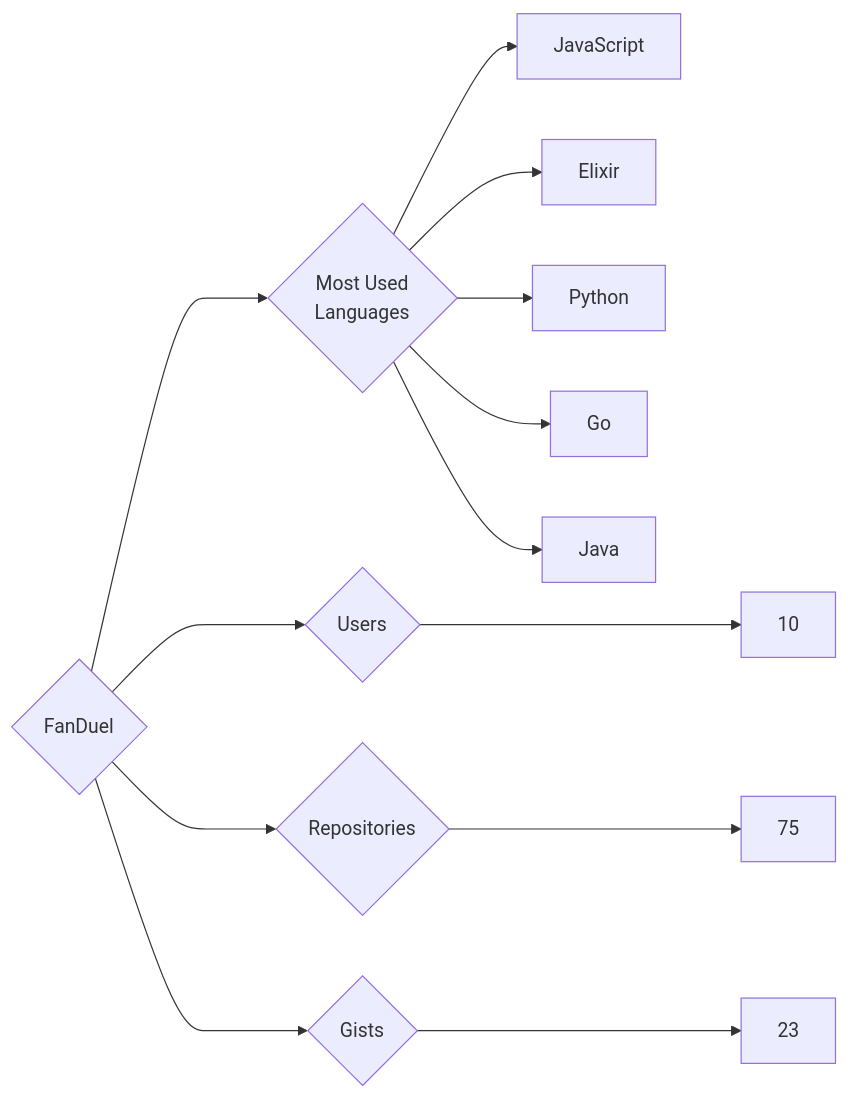
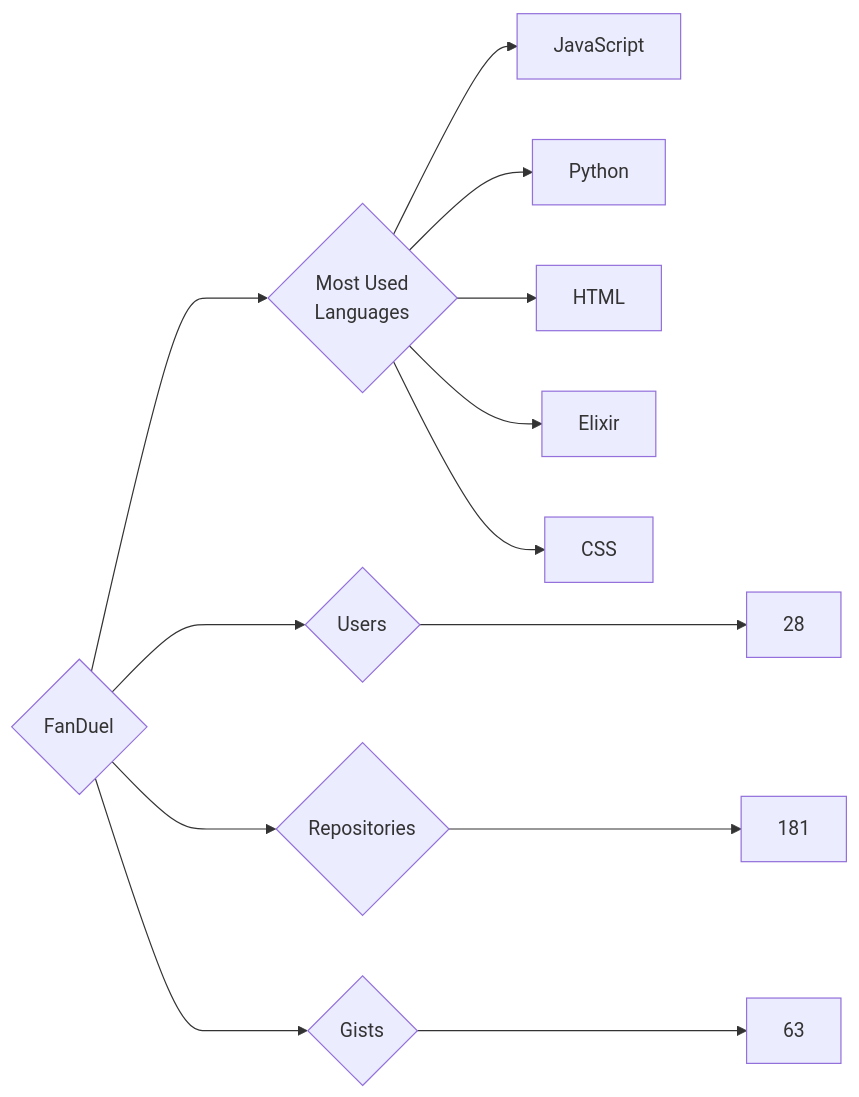
Before and after one commit to trickest/insiders: the diagram in targets/FanDuel/README.md, drawn with Mermaid. The commit also changed 838 other files, not shown here.

````diff
--- a/targets/FanDuel/README.md
+++ b/targets/FanDuel/README.md
@@ -3,13 +3,13 @@
 ```mermaid
 graph LR
 COMPANY_NAME{FanDuel}
-COMPANY_NAME ---> U{Users} ---> UN[10]
-COMPANY_NAME ---> R{Repositories} ---> RN[75]
-COMPANY_NAME ---> G{Gists} ---> GN[23]
+COMPANY_NAME ---> U{Users} ---> UN[28]
+COMPANY_NAME ---> R{Repositories} ---> RN[181]
+COMPANY_NAME ---> G{Gists} ---> GN[63]
 COMPANY_NAME ---> ML{Most Used<br>Languages}
 ML --> JavaScript[JavaScript]
+ML --> Python[Python]
+ML --> HTML[HTML]
 ML --> Elixir[Elixir]
-ML --> Python[Python]
-ML --> Go[Go]
-ML --> Java[Java]
+ML --> CSS[CSS]
 ```
````
